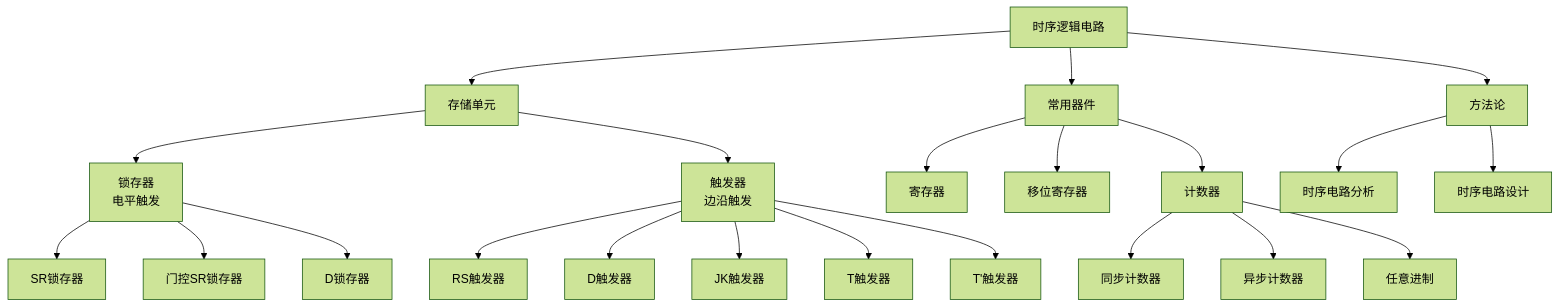
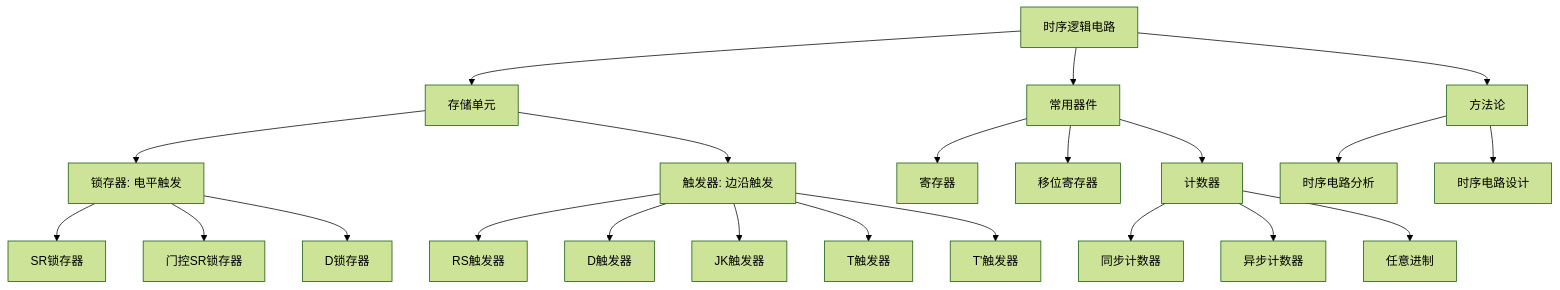
One commit to LiuandXu/digital-electronics-wiki changed the diagram in docs/ch05/summary.md. Above: the diagram before and after it, drawn with Mermaid (forest theme). The commit also changed 3 other files, not shown here.

Commit message:
fix: 修复首页模板变量/Mermaid br标签/hline语法错误

````diff
--- a/docs/ch05/summary.md
+++ b/docs/ch05/summary.md
@@ -7,30 +7,30 @@
 ```mermaid
 graph TD
     A["时序逻辑电路"] --> B["存储单元"]
     A --> C["常用器件"]
     A --> D["方法论"]
 
-    B --> B1["锁存器<br/>电平触发"]
-    B --> B2["触发器<br/>边沿触发"]
+    B --> B1["锁存器: 电平触发"]
+    B --> B2["触发器: 边沿触发"]
 
     B1 --> B1a["SR锁存器"]
     B1 --> B1b["门控SR锁存器"]
     B1 --> B1c["D锁存器"]
 
     B2 --> B2a["RS触发器"]
     B2 --> B2b["D触发器"]
     B2 --> B2c["JK触发器"]
     B2 --> B2d["T触发器"]
     B2 --> B2e["T'触发器"]
 
     C --> C1["寄存器"]
     C --> C2["移位寄存器"]
     C --> C3["计数器"]
 
     C3 --> C3a["同步计数器"]
     C3 --> C3b["异步计数器"]
     C3 --> C3c["任意进制"]
 
     D --> D1["时序电路分析"]
     D --> D2["时序电路设计"]
 ```
````
